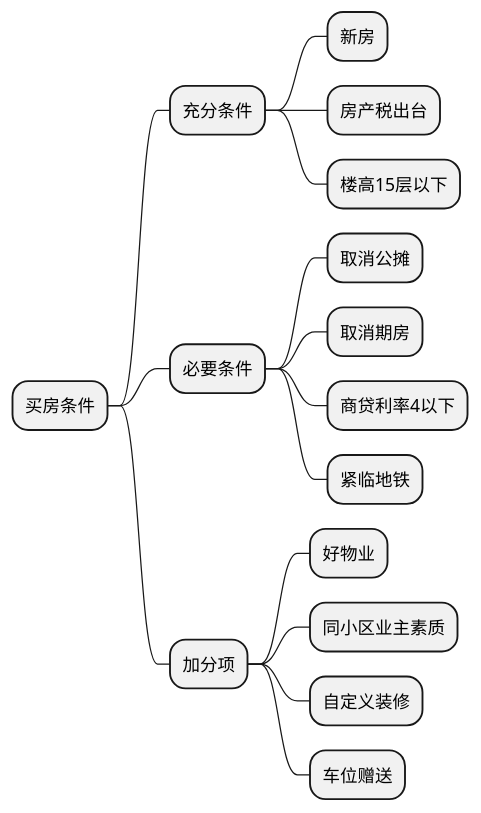
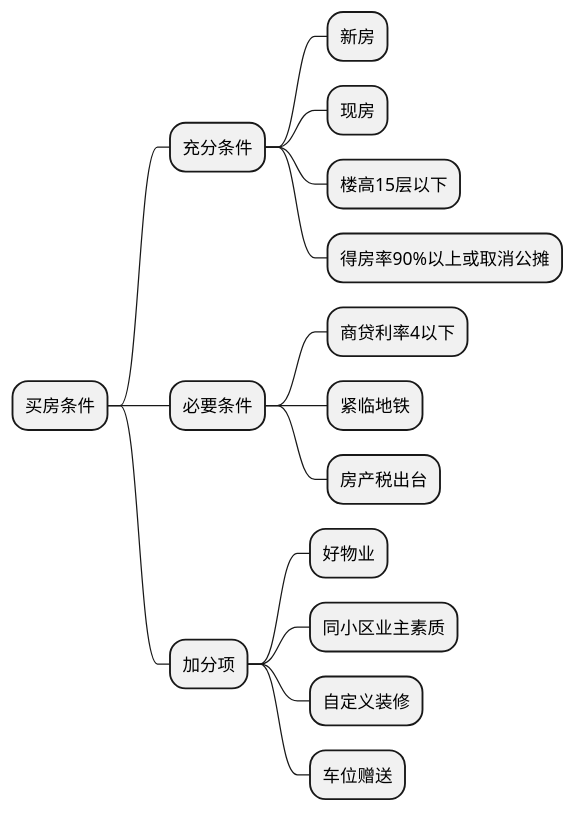
The diagram in 买房子思路.plantuml (Huang2070/alpha-centauri-c), drawn with PlantUML before and after one commit. The commit also changed 24 other files, not shown here.

```diff
--- a/买房子思路.plantuml
+++ b/买房子思路.plantuml
@@ -1,26 +1,24 @@
 @startmindmap 买房条件
 
 * 买房条件
 
 ** 充分条件
 *** 新房
-*** 房产税出台
+*** 现房
 *** 楼高15层以下
-
+*** 得房率90%以上或取消公摊
 
 
 ** 必要条件
-*** 取消公摊
-*** 取消期房
 *** 商贷利率4以下
 *** 紧临地铁
-
+*** 房产税出台
 
 
 ** 加分项
 *** 好物业
 *** 同小区业主素质
 *** 自定义装修
 *** 车位赠送
 
 @endmindmap
```
